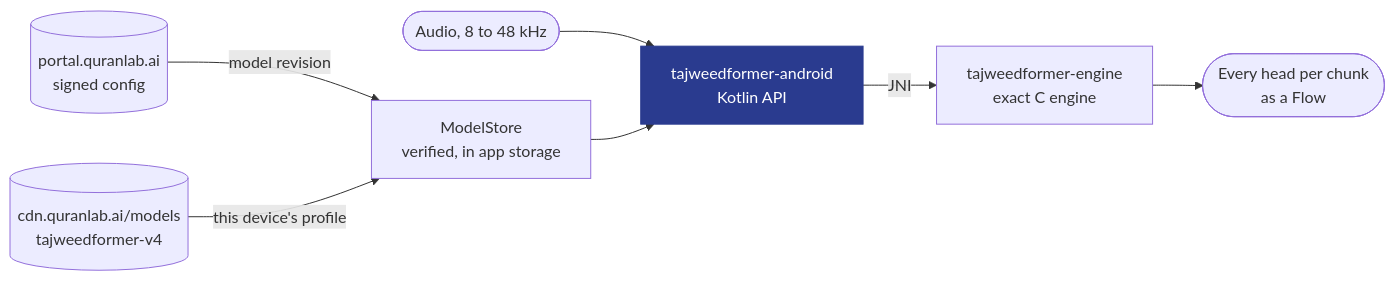
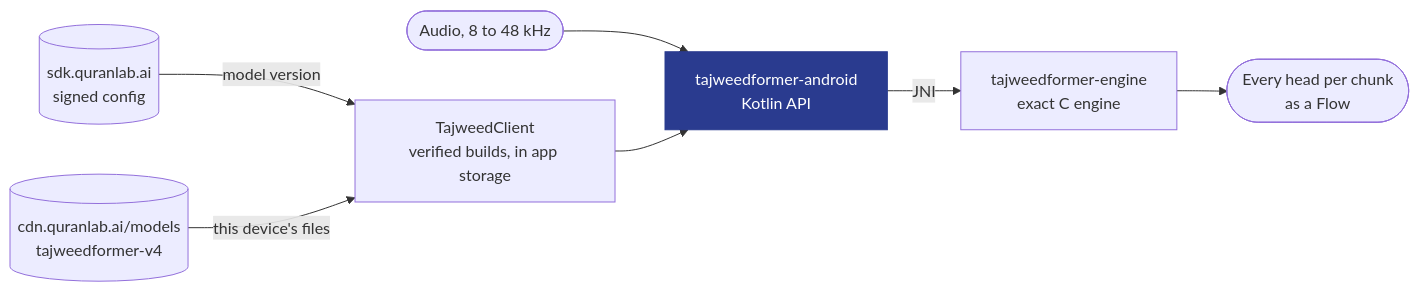
The diagram in AGENTS.md (Quran-Lab/tajweedformer-android), drawn with Mermaid before and after one commit. The commit also changed other lines of this file and 203 other files, not shown here.

````diff
--- a/AGENTS.md
+++ b/AGENTS.md
@@ -226,11 +388,11 @@
 ```mermaid
 flowchart LR
-  portal[("portal.quranlab.ai<br/>signed config")] -- model revision --> store["ModelStore<br/>verified, in app storage"]
-  cdn[("cdn.quranlab.ai/models<br/>tajweedformer-v4")] -- this device's profile --> store
+  portal[("sdk.quranlab.ai<br/>signed config")] -- model version --> store["TajweedClient<br/>verified builds, in app storage"]
+  cdn[("cdn.quranlab.ai/models<br/>tajweedformer-v4")] -- this device's files --> store
   mic(["Audio, 8 to 48 kHz"]) --> kotlin["tajweedformer-android<br/>Kotlin API"]
   store --> kotlin
   kotlin -- JNI --> engine["tajweedformer-engine<br/>exact C engine"]
   engine --> out(["Every head per chunk<br/>as a Flow"])
   classDef here fill:#2a3b8f,stroke:#2a3b8f,color:#ffffff
   class kotlin here
 ```
````
